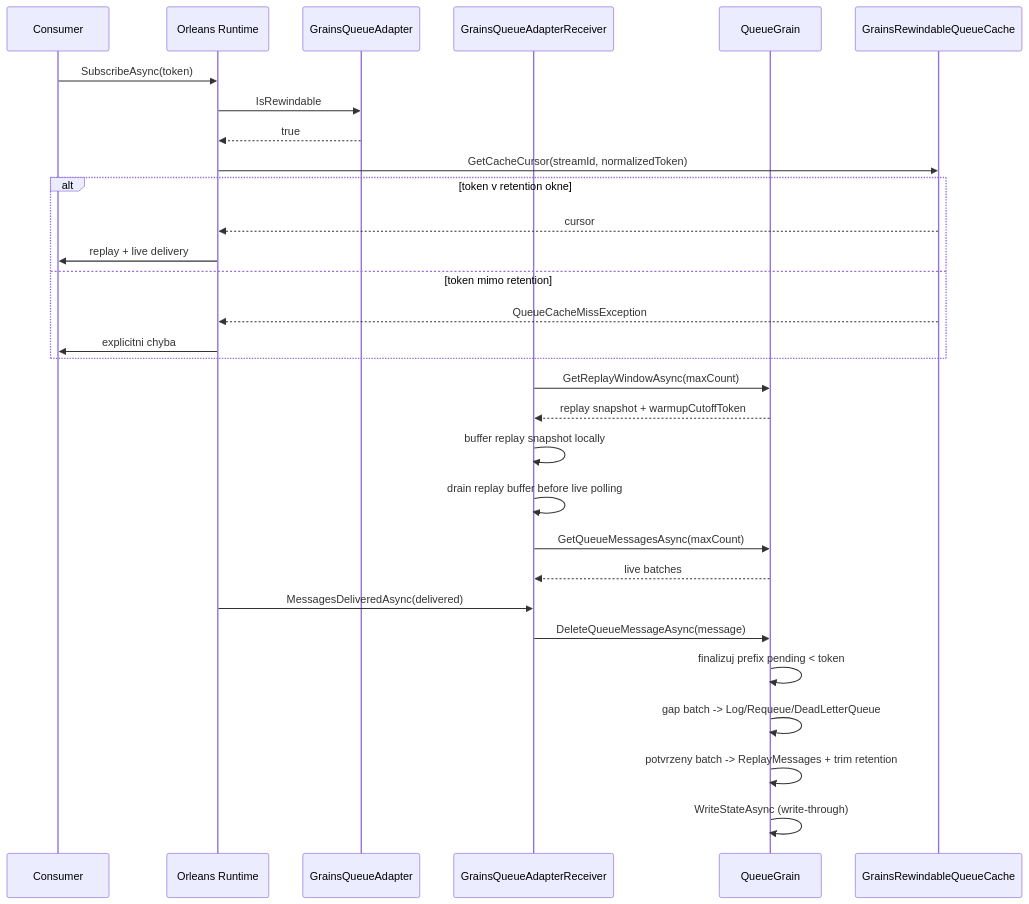
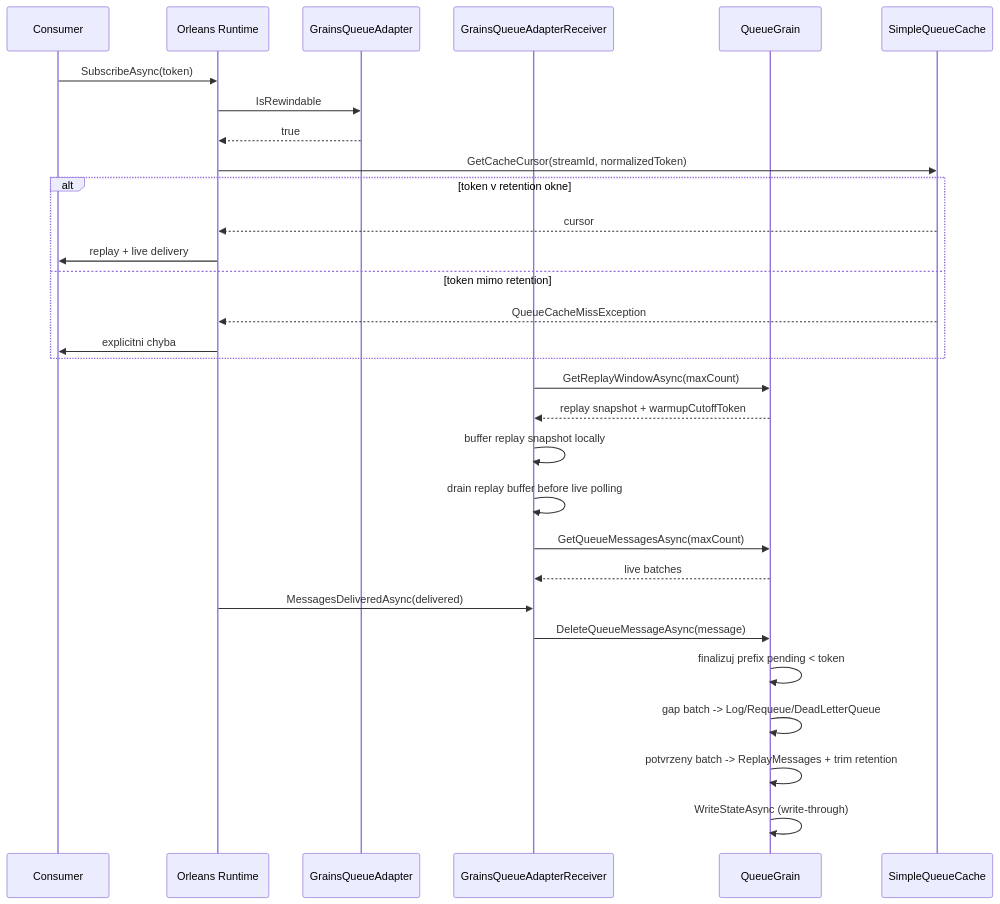
The diagram in memory-bank/proposals/active/proposal_rewindable_stream_provider.md (janmatejka/Orleans.Streams.Grains), drawn with Mermaid before and after one commit. The commit also changed other lines of this file and 1 other file, not shown here.

````diff
--- a/memory-bank/proposals/active/proposal_rewindable_stream_provider.md
+++ b/memory-bank/proposals/active/proposal_rewindable_stream_provider.md
@@ -53,34 +96,34 @@
 ```mermaid
 sequenceDiagram
     participant C as Consumer
     participant RT as Orleans Runtime
     participant A as GrainsQueueAdapter
     participant R as GrainsQueueAdapterReceiver
     participant Q as QueueGrain
-    participant QC as GrainsRewindableQueueCache
+    participant QC as SimpleQueueCache
 
     C->>RT: SubscribeAsync(token)
     RT->>A: IsRewindable
     A-->>RT: true
     RT->>QC: GetCacheCursor(streamId, normalizedToken)
     alt token v retention okne
         QC-->>RT: cursor
         RT->>C: replay + live delivery
     else token mimo retention
         QC-->>RT: QueueCacheMissException
         RT->>C: explicitni chyba
     end
 
     R->>Q: GetReplayWindowAsync(maxCount)
     Q-->>R: replay snapshot + warmupCutoffToken
     R->>R: buffer replay snapshot locally
     R->>R: drain replay buffer before live polling
     R->>Q: GetQueueMessagesAsync(maxCount)
     Q-->>R: live batches
     RT->>R: MessagesDeliveredAsync(delivered)
     R->>Q: DeleteQueueMessageAsync(message)
     Q->>Q: finalizuj prefix pending < token
     Q->>Q: gap batch -> Log/Requeue/DeadLetterQueue
     Q->>Q: potvrzeny batch -> ReplayMessages + trim retention
     Q->>Q: WriteStateAsync (write-through)
 ```
````
